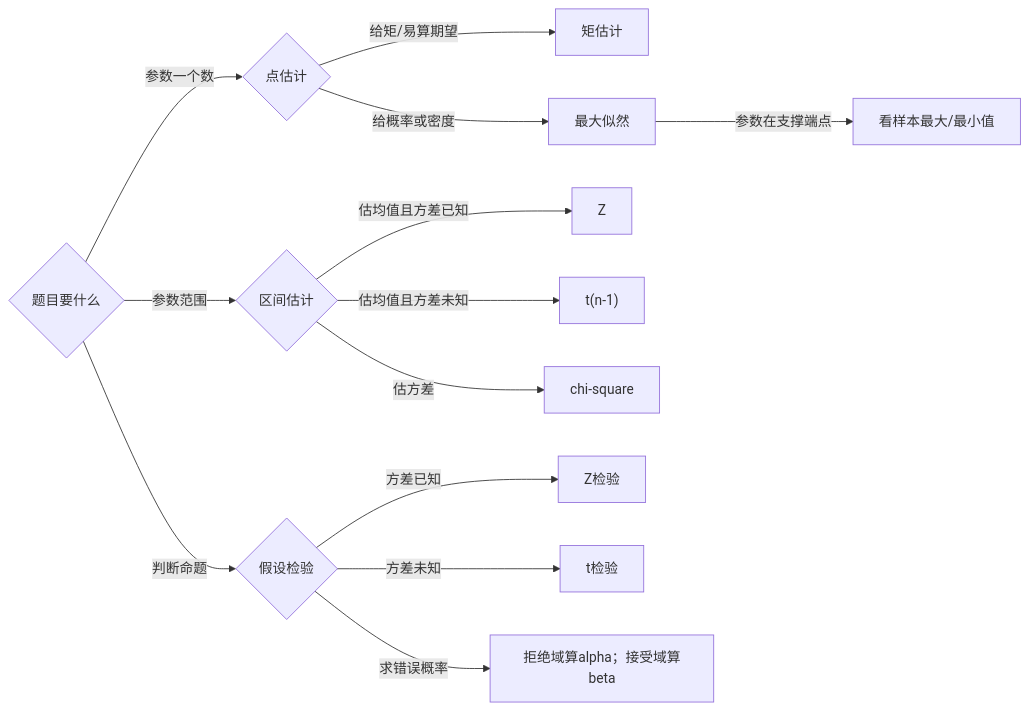
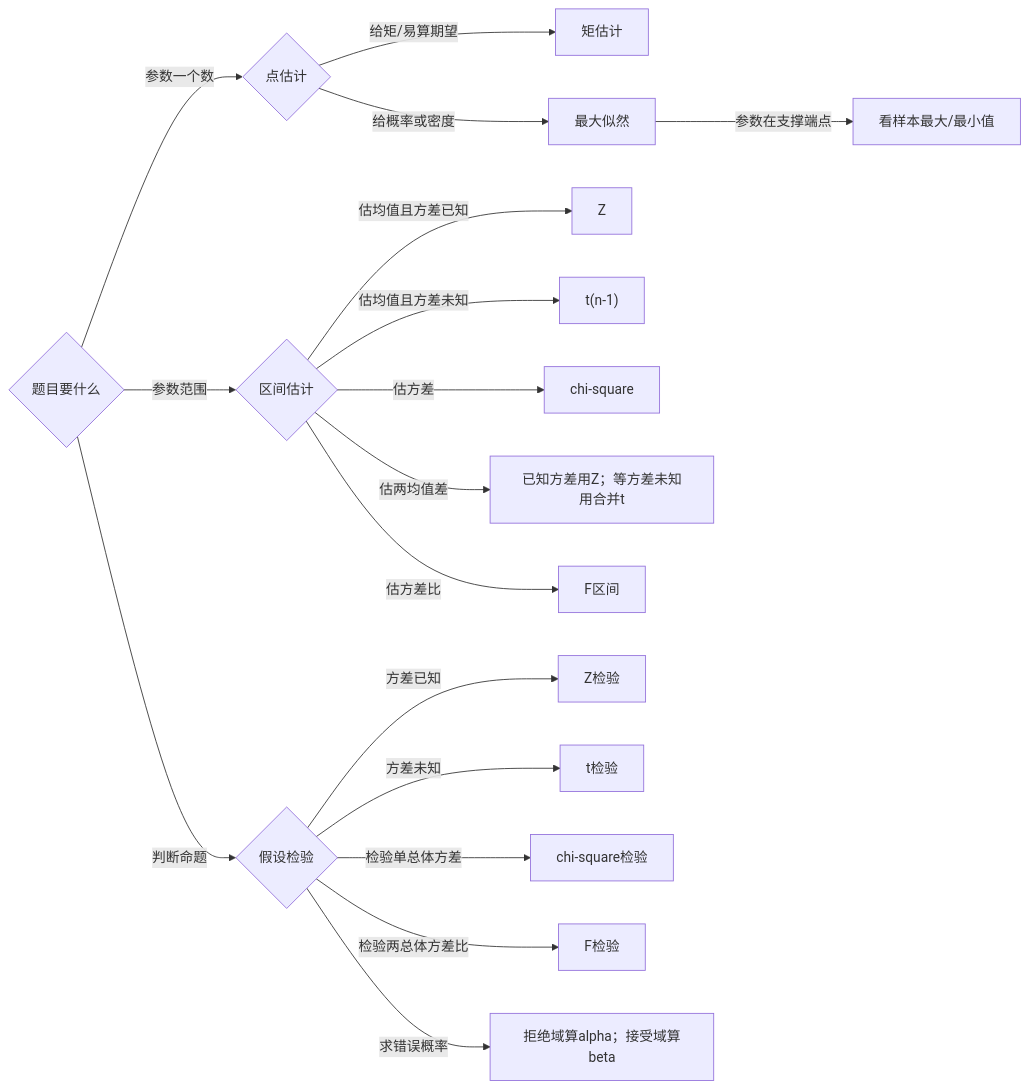
The second of 2 diagrams in 考研数学/张宇基础30讲笔记/30_概率第6讲_数理统计.md (Cthaat/Obsidian), drawn with Mermaid before and after one commit. The commit also changed other lines of this file and 9 other files, not shown here.

````diff
--- a/考研数学/张宇基础30讲笔记/30_概率第6讲_数理统计.md
+++ b/考研数学/张宇基础30讲笔记/30_概率第6讲_数理统计.md
@@ -1441,15 +1827,19 @@
 ```mermaid
 flowchart LR
     A{"题目要什么"} -->|参数一个数| B{"点估计"}
     B -->|给矩/易算期望| C["矩估计"]
     B -->|给概率或密度| D["最大似然"]
     D -->|参数在支撑端点| E["看样本最大/最小值"]
     A -->|参数范围| F{"区间估计"}
     F -->|估均值且方差已知| G["Z"]
     F -->|估均值且方差未知| H["t(n-1)"]
     F -->|估方差| I["chi-square"]
+    F -->|估两均值差| I2["已知方差用Z；等方差未知用合并t"]
+    F -->|估方差比| I3["F区间"]
     A -->|判断命题| J{"假设检验"}
     J -->|方差已知| K["Z检验"]
     J -->|方差未知| L["t检验"]
+    J -->|检验单总体方差| N["chi-square检验"]
+    J -->|检验两总体方差比| O["F检验"]
     J -->|求错误概率| M["拒绝域算alpha；接受域算beta"]
 ```
````
